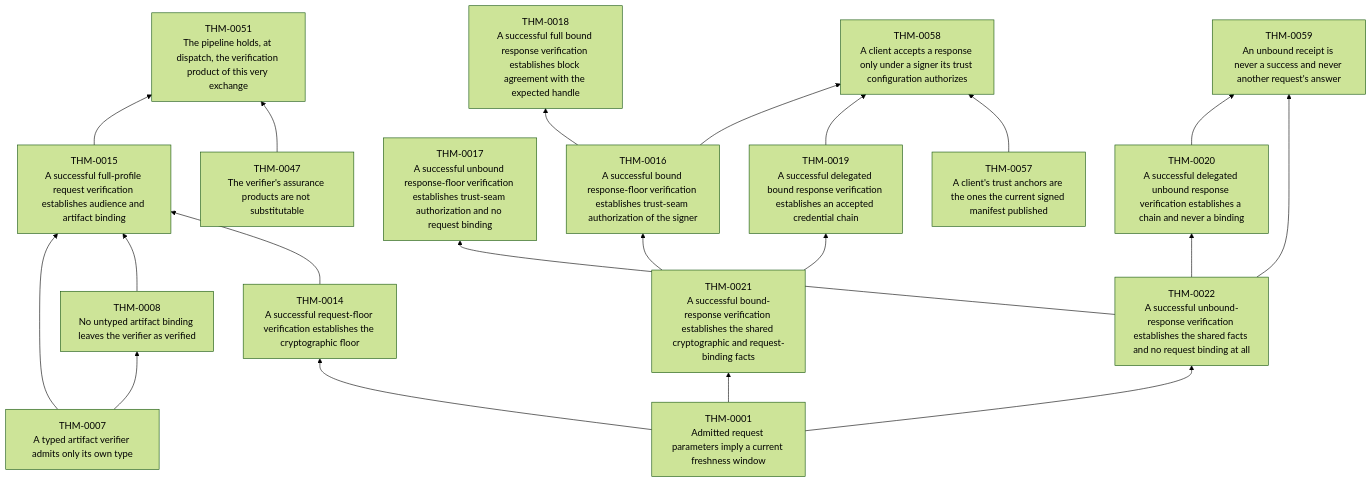
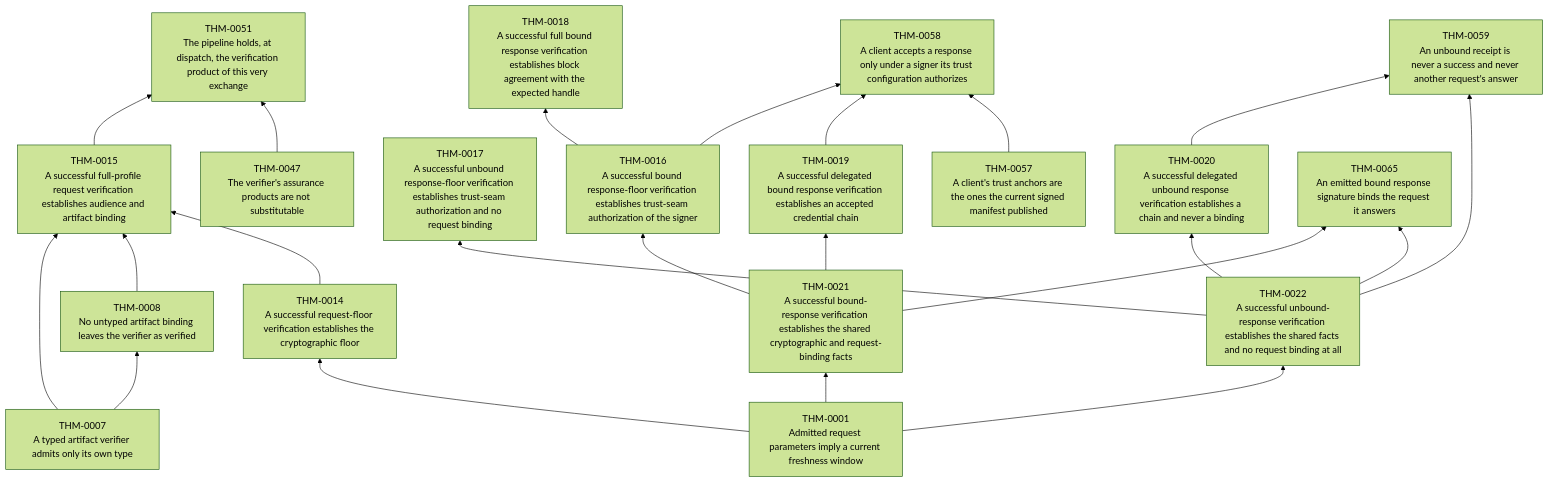
Before and after one commit to matssun/mcp-re: the first of 25 diagrams in verification/generated/theorem-dependencies.md, drawn with Mermaid (forest theme). The commit also changed other lines of this file and 7 other files, not shown here.

````diff
--- a/verification/generated/theorem-dependencies.md
+++ b/verification/generated/theorem-dependencies.md
@@ -20,39 +20,42 @@
 ```mermaid
 graph BT
     THM_0001["THM-0001<br/>Admitted request parameters imply a current freshness window"]
     THM_0007["THM-0007<br/>A typed artifact verifier admits only its own type"]
     THM_0008["THM-0008<br/>No untyped artifact binding leaves the verifier as verified"]
     THM_0014["THM-0014<br/>A successful request-floor verification establishes the cryptographic floor"]
     THM_0015["THM-0015<br/>A successful full-profile request verification establishes audience and artifact binding"]
     THM_0016["THM-0016<br/>A successful bound response-floor verification establishes trust-seam authorization of the signer"]
     THM_0017["THM-0017<br/>A successful unbound response-floor verification establishes trust-seam authorization and no request binding"]
     THM_0018["THM-0018<br/>A successful full bound response verification establishes block agreement with the expected handle"]
     THM_0019["THM-0019<br/>A successful delegated bound response verification establishes an accepted credential chain"]
     THM_0020["THM-0020<br/>A successful delegated unbound response verification establishes a chain and never a binding"]
     THM_0021["THM-0021<br/>A successful bound-response verification establishes the shared cryptographic and request-binding facts"]
     THM_0022["THM-0022<br/>A successful unbound-response verification establishes the shared facts and no request binding at all"]
     THM_0047["THM-0047<br/>The verifier's assurance products are not substitutable"]
     THM_0051["THM-0051<br/>The pipeline holds, at dispatch, the verification product of this very exchange"]
     THM_0057["THM-0057<br/>A client's trust anchors are the ones the current signed manifest published"]
     THM_0058["THM-0058<br/>A client accepts a response only under a signer its trust configuration authorizes"]
     THM_0059["THM-0059<br/>An unbound receipt is never a success and never another request's answer"]
+    THM_0065["THM-0065<br/>An emitted bound response signature binds the request it answers"]
     THM_0007 --> THM_0008
     THM_0001 --> THM_0014
     THM_0007 --> THM_0015
     THM_0008 --> THM_0015
     THM_0014 --> THM_0015
     THM_0021 --> THM_0016
     THM_0022 --> THM_0017
     THM_0016 --> THM_0018
     THM_0021 --> THM_0019
     THM_0022 --> THM_0020
     THM_0001 --> THM_0021
     THM_0001 --> THM_0022
     THM_0015 --> THM_0051
     THM_0047 --> THM_0051
     THM_0016 --> THM_0058
     THM_0019 --> THM_0058
     THM_0057 --> THM_0058
     THM_0020 --> THM_0059
     THM_0022 --> THM_0059
+    THM_0021 --> THM_0065
+    THM_0022 --> THM_0065
 ```
````
